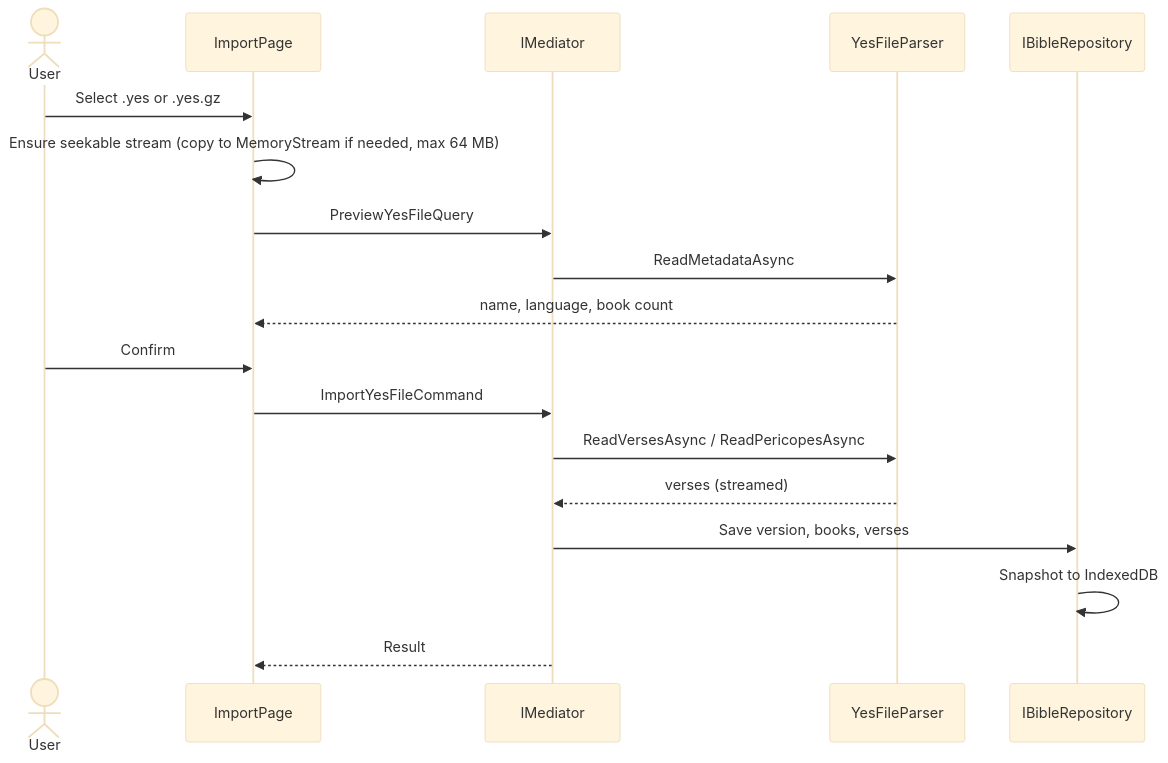
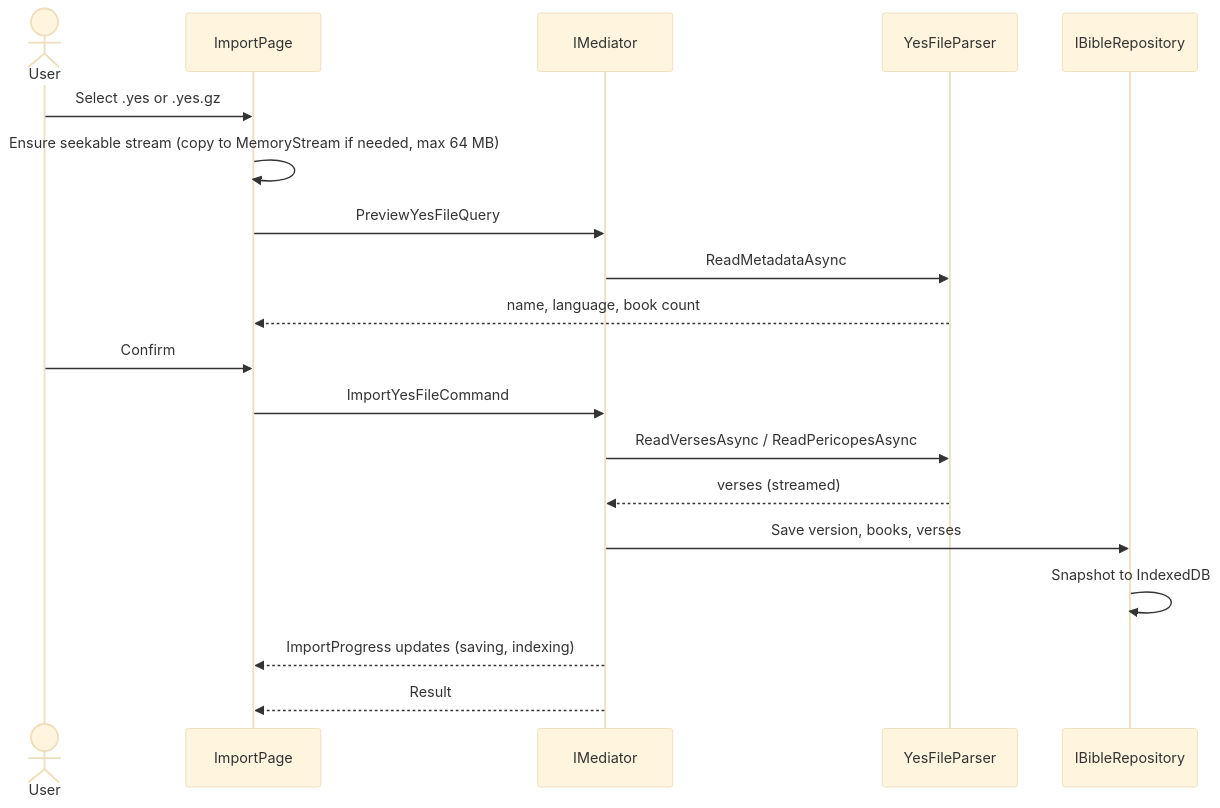
Before and after one commit to pradikta/openbible: the fourth of 11 diagrams in README.md, drawn with Mermaid (base theme). The commit also changed other lines of this file and 135 other files, not shown here.

````diff
--- a/README.md
+++ b/README.md
@@ -233,20 +294,21 @@
 ```mermaid
 sequenceDiagram
     actor U as User
     participant I as ImportPage
     participant M as IMediator
     participant P as YesFileParser
     participant Repo as IBibleRepository
     U->>I: Select .yes or .yes.gz
     I->>I: Ensure seekable stream (copy to MemoryStream if needed, max 64 MB)
     I->>M: PreviewYesFileQuery
     M->>P: ReadMetadataAsync
     P-->>I: name, language, book count
     U->>I: Confirm
     I->>M: ImportYesFileCommand
     M->>P: ReadVersesAsync / ReadPericopesAsync
     P-->>M: verses (streamed)
     M->>Repo: Save version, books, verses
     Repo->>Repo: Snapshot to IndexedDB
+    M-->>I: ImportProgress updates (saving, indexing)
     M-->>I: Result
 ```
````
